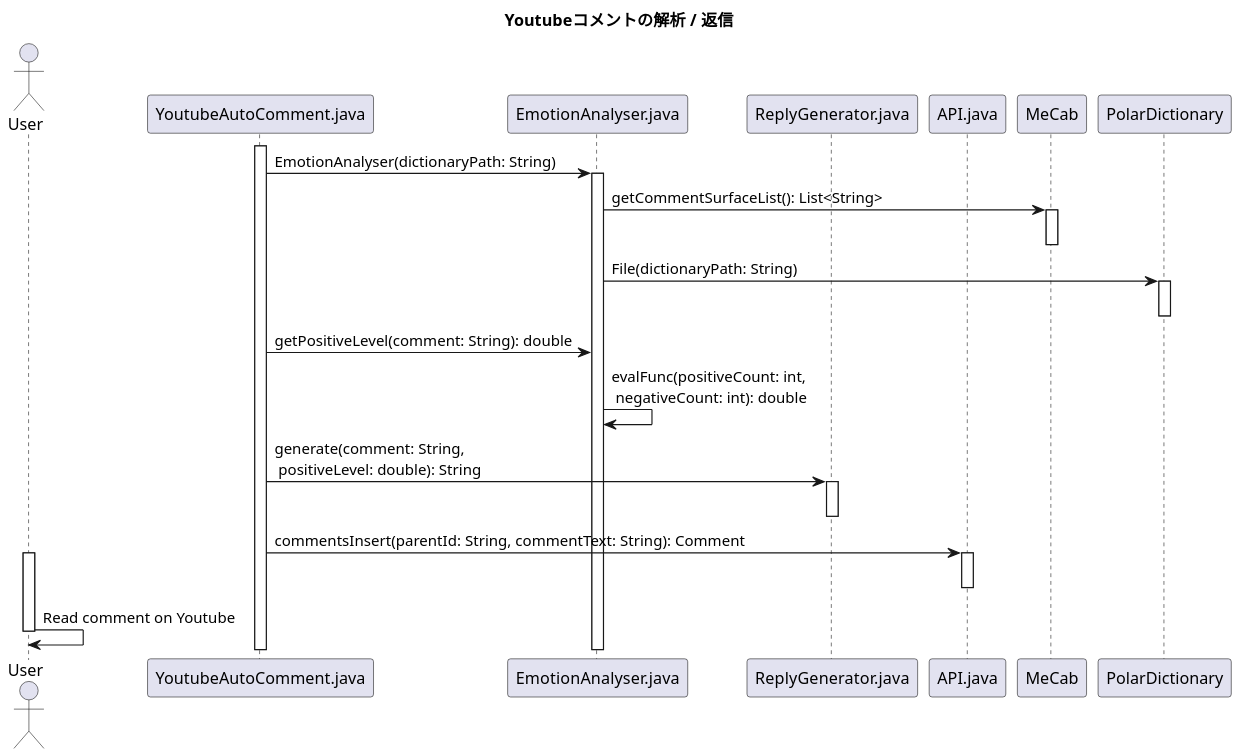
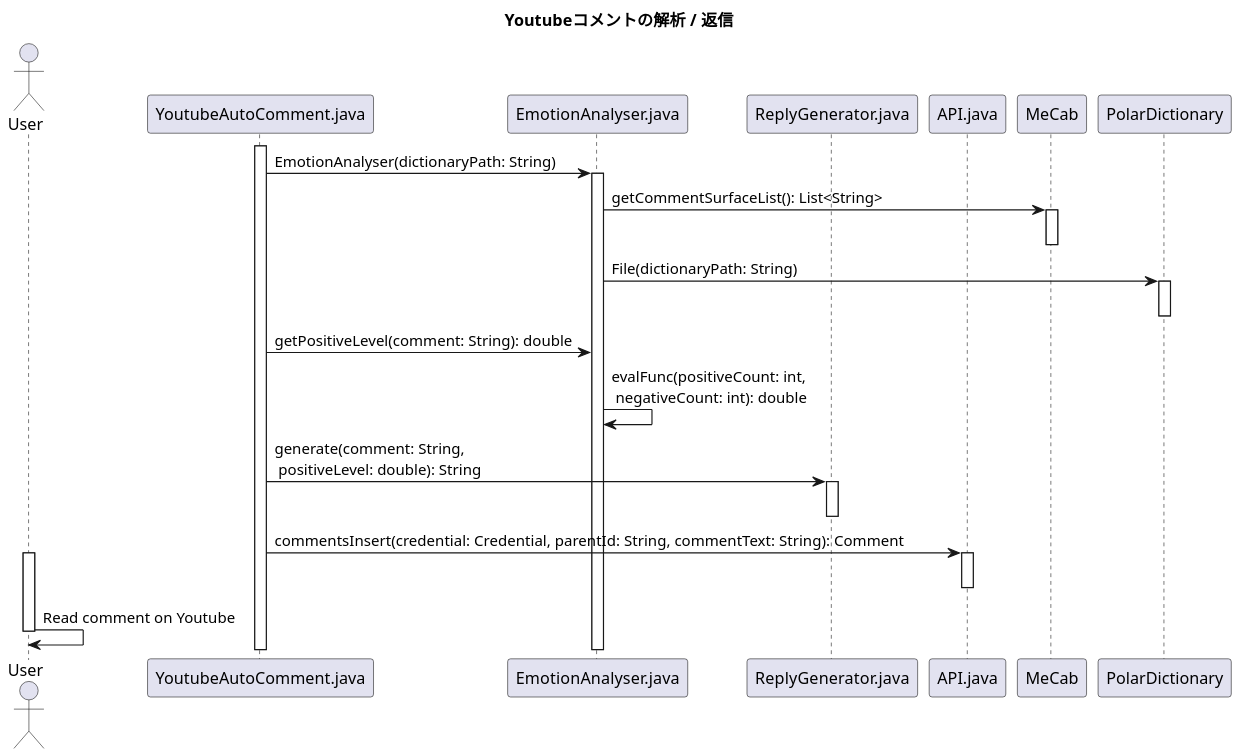
One commit to KataokaNagi/YoutubeAutoComment changed the diagram in uml/YoutubeAutoComment_SequenceDiagram_CommentAnalyser.pu. Above: the diagram before and after it, drawn with PlantUML. The commit also changed other lines of this file, not shown here.

Commit message:
sequence diagram: edit commentsInsert() params

```diff
--- a/uml/YoutubeAutoComment_SequenceDiagram_CommentAnalyser.pu
+++ b/uml/YoutubeAutoComment_SequenceDiagram_CommentAnalyser.pu
@@ -13,65 +13,64 @@
 @startuml out/SequenceDiagram_CommentAnalyser.png
 scale 1.5
 skinparam DefaultFontName メイリオ
 ' 可視性の変更
 skinparam classAttributeIconSize 0
 
 ''''''''''''''''''''''''''''''''''''''''''''''''''
 
 title
 **Youtubeコメントの解析 / 返信**
 end title
 
 ''''''''''''''''''''''''''''''''''''''''''''''''''''''''''''''''''''''''''''''''
 
 actor User
 participant YoutubeAutoComment.java
 participant EmotionAnalyser.java
 participant ReplyGenerator.java
 participant API.java
 participant MeCab
 participant PolarDictionary
 
 ''''''''''''''''''''''''''''''''''''''''''''''''''''''''''''''''''''''''''''''''
 activate YoutubeAutoComment.java
 YoutubeAutoComment.java -> EmotionAnalyser.java: EmotionAnalyser(dictionaryPath: String)
 activate EmotionAnalyser.java
 
 ''''''''''''''''''''''''''''''''''''''''''''''''''
 
 EmotionAnalyser.java -> MeCab: getCommentSurfaceList(): List<String> 
 ' EmotionAnalyser.java -> MeCab: exec(String: mecabCommand): Process
 activate MeCab
 deactivate MeCab
 
 ''''''''''''''''''''''''''''''''''''''''''''''''''
 
 EmotionAnalyser.java -> PolarDictionary: File(dictionaryPath: String)
 activate PolarDictionary
 deactivate PolarDictionary
 
 ''''''''''''''''''''''''''''''''''''''''''''''''''
 
 YoutubeAutoComment.java -> EmotionAnalyser.java: getPositiveLevel(comment: String): double
 EmotionAnalyser.java -> EmotionAnalyser.java: evalFunc(positiveCount: int,\n negativeCount: int): double
 
 ''''''''''''''''''''''''''''''''''''''''''''''''''
 
 YoutubeAutoComment.java -> ReplyGenerator.java: generate(comment: String,\n positiveLevel: double): String
 activate ReplyGenerator.java
 deactivate ReplyGenerator.java
 
 ''''''''''''''''''''''''''''''''''''''''''''''''''
 
-' でっちあげコメント
-YoutubeAutoComment.java -> API.java:  commentsInsert(parentId: String, commentText: String): Comment
+YoutubeAutoComment.java -> API.java:  commentsInsert(credential: Credential, parentId: String, commentText: String): Comment
 activate API.java
 deactivate API.java
 
 ''''''''''''''''''''''''''''''''''''''''''''''''''
 
 activate User
 User -> User: Read comment on Youtube
 deactivate User
 
 @enduml
```
